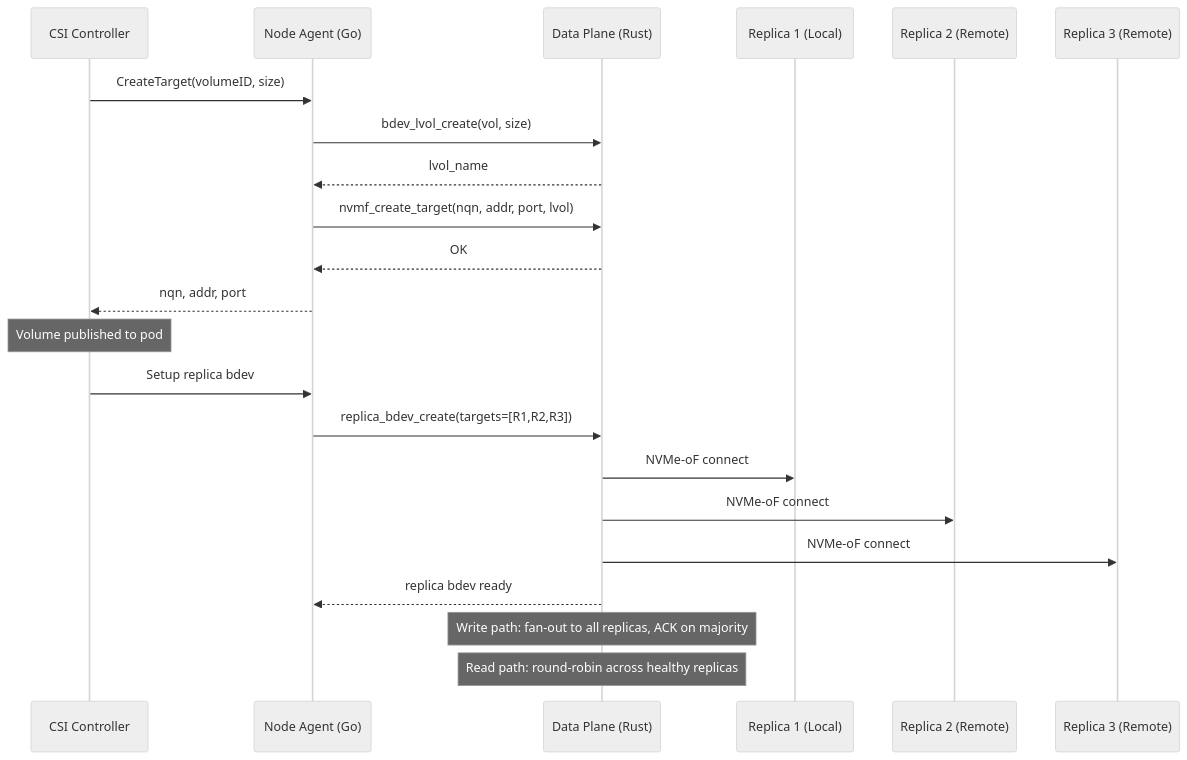
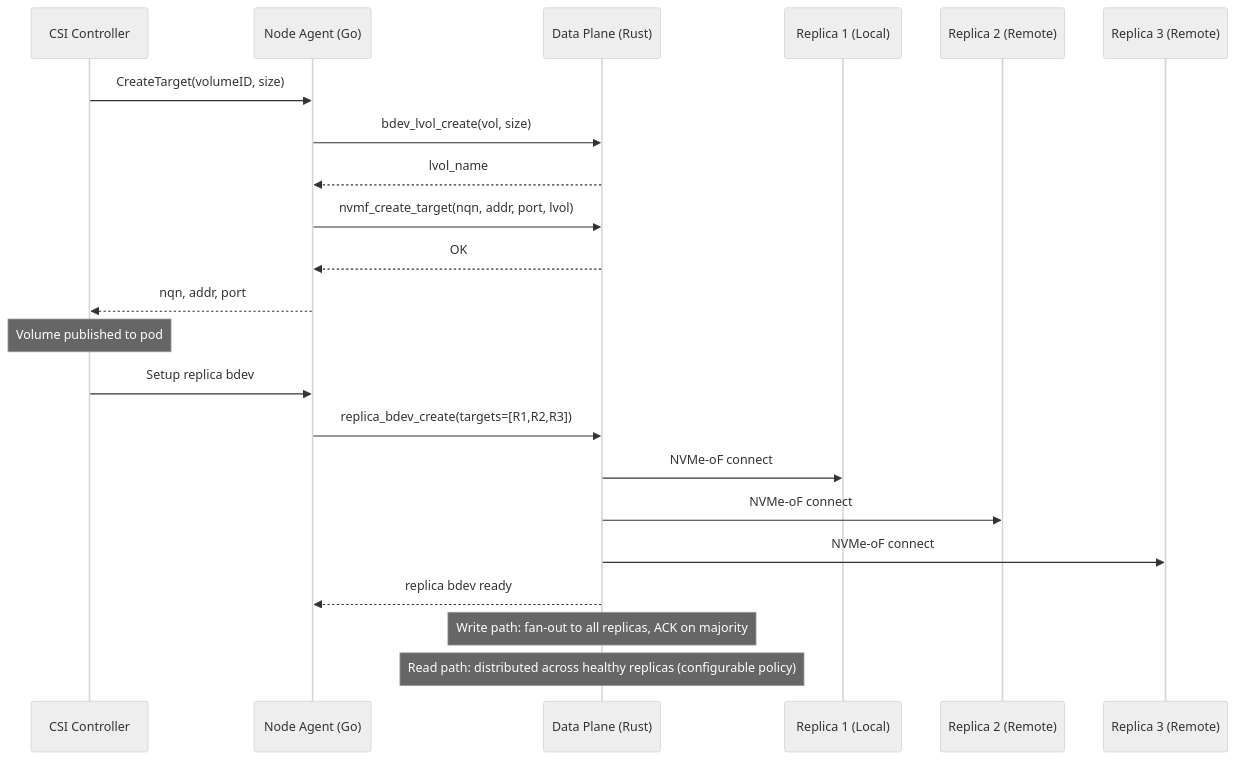
One commit to azrtydxb/novastor changed the second of 4 diagrams in docs/architecture/spdk-dataplane.md. Above: the diagram before and after it, drawn with Mermaid (neutral theme). The commit also changed other lines of this file and 6 other files, not shown here.

````diff
--- a/docs/architecture/spdk-dataplane.md
+++ b/docs/architecture/spdk-dataplane.md
@@ -46,28 +46,28 @@
 ```mermaid
 sequenceDiagram
     participant CSI as CSI Controller
     participant Agent as Node Agent (Go)
     participant DP as Data Plane (Rust)
     participant R1 as Replica 1 (Local)
     participant R2 as Replica 2 (Remote)
     participant R3 as Replica 3 (Remote)
 
     CSI->>Agent: CreateTarget(volumeID, size)
     Agent->>DP: bdev_lvol_create(vol, size)
     DP-->>Agent: lvol_name
     Agent->>DP: nvmf_create_target(nqn, addr, port, lvol)
     DP-->>Agent: OK
     Agent-->>CSI: nqn, addr, port
 
     Note over CSI: Volume published to pod
 
     CSI->>Agent: Setup replica bdev
     Agent->>DP: replica_bdev_create(targets=[R1,R2,R3])
     DP->>R1: NVMe-oF connect
     DP->>R2: NVMe-oF connect
     DP->>R3: NVMe-oF connect
     DP-->>Agent: replica bdev ready
 
     Note over DP: Write path: fan-out to all replicas, ACK on majority
-    Note over DP: Read path: round-robin across healthy replicas
+    Note over DP: Read path: distributed across healthy replicas (configurable policy)
 ```
````
